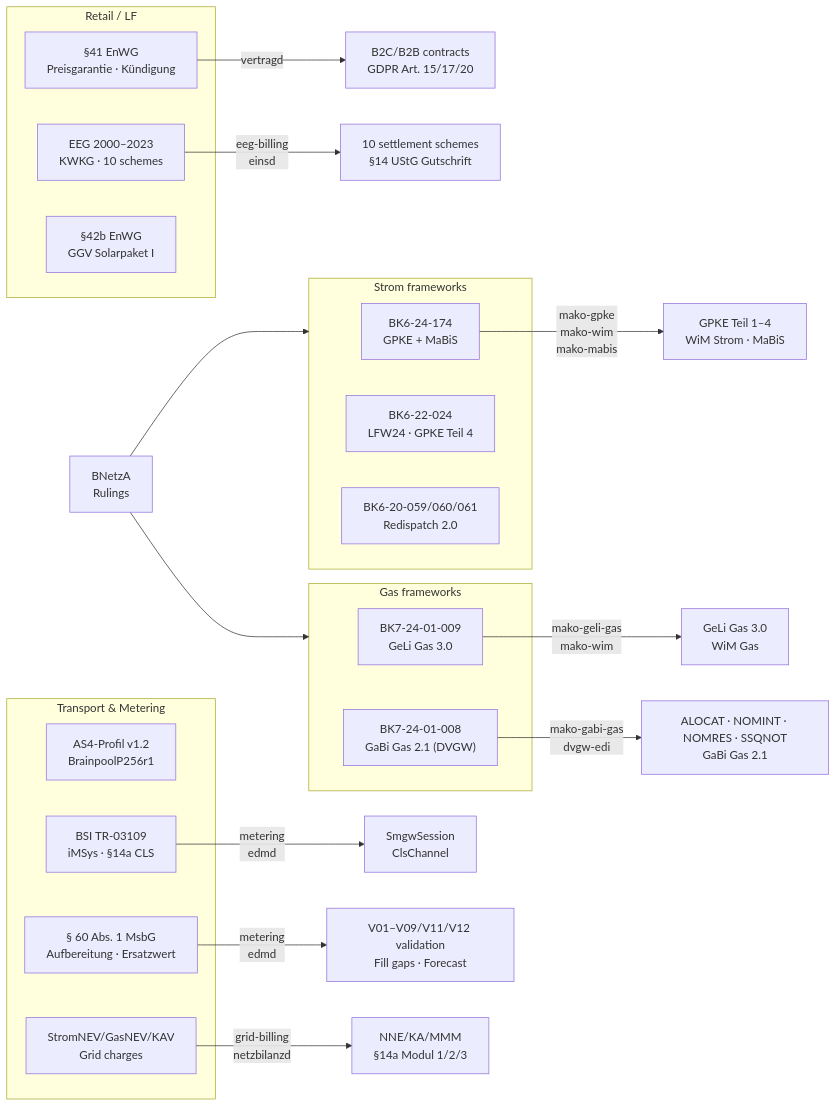
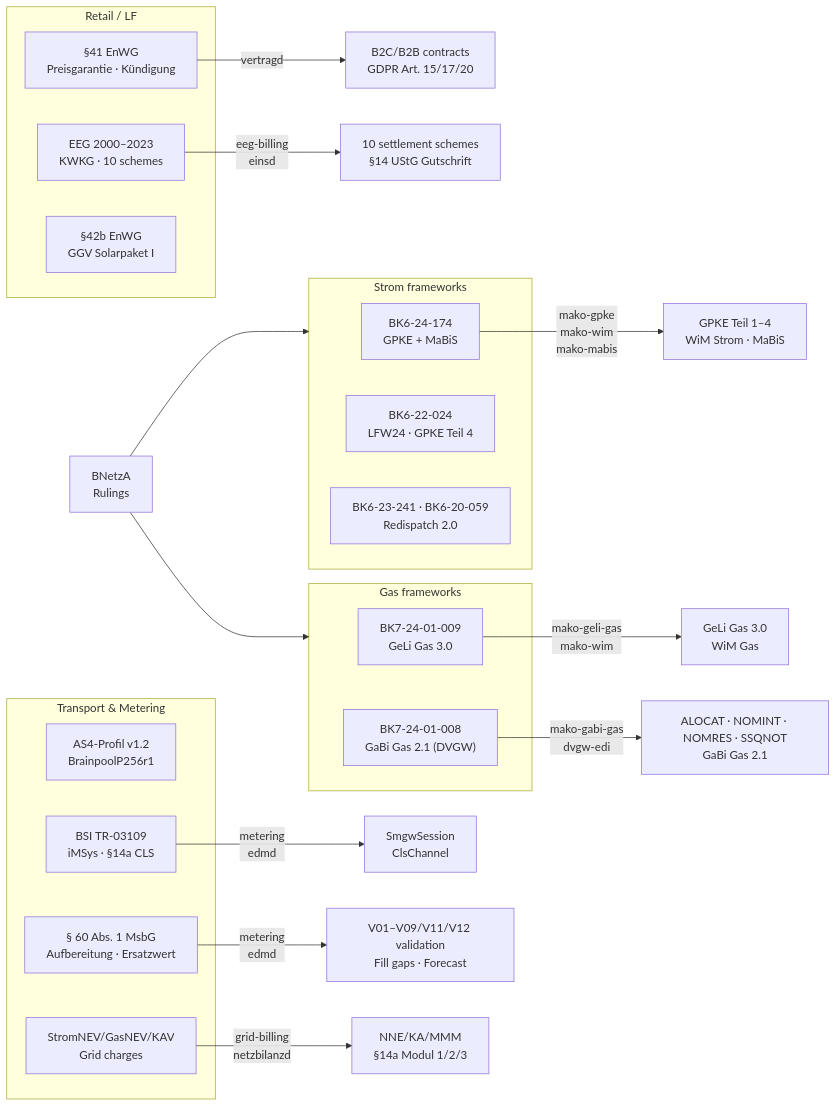
The diagram in site/content/docs/regulatory/_index.md (hupe1980/mako), drawn with Mermaid before and after one commit. The commit also changed other lines of this file and 1091 other files, not shown here.

````diff
--- a/site/content/docs/regulatory/_index.md
+++ b/site/content/docs/regulatory/_index.md
@@ -24,40 +23,40 @@
 ```mermaid
 graph LR
     BNetzA["BNetzA<br/>Rulings"]
 
     subgraph strom ["Strom frameworks"]
         BK6_24["BK6-24-174<br/>GPKE + MaBiS"]
         BK6_22["BK6-22-024<br/>LFW24 · GPKE Teil 4"]
-        BK6_20["BK6-20-059/060/061<br/>Redispatch 2.0"]
+        BK6_20["BK6-23-241 · BK6-20-059<br/>Redispatch 2.0"]
     end
 
     subgraph gas ["Gas frameworks"]
         BK7_24["BK7-24-01-009<br/>GeLi Gas 3.0"]
         BK7_14["BK7-24-01-008<br/>GaBi Gas 2.1 (DVGW)"]
     end
 
     subgraph retail ["Retail / LF"]
         ENW41["§41 EnWG<br/>Preisgarantie · Kündigung"]
         EEG["EEG 2000–2023<br/>KWKG · 10 schemes"]
         SOLA["§42b EnWG<br/>GGV Solarpaket I"]
     end
 
     subgraph transport ["Transport & Metering"]
         AS4["AS4-Profil v1.2<br/>BrainpoolP256r1"]
         BSI["BSI TR-03109<br/>iMSys · §14a CLS"]
         MsbG["§ 60 Abs. 1 MsbG<br/>Aufbereitung · Ersatzwert"]
         NNNEV["StromNEV/GasNEV/KAV<br/>Grid charges"]
     end
 
     BNetzA --> strom
     BNetzA --> gas
 
     BK6_24 -->|"mako-gpke<br/>mako-wim<br/>mako-mabis"| GPKE_impl["GPKE Teil 1–4<br/>WiM Strom · MaBiS"]
     BK7_24 -->|"mako-geli-gas<br/>mako-wim"| GAS_impl["GeLi Gas 3.0<br/>WiM Gas"]
     BK7_14 -->|"mako-gabi-gas<br/>dvgw-edi"| DVGW_impl["ALOCAT · NOMINT · NOMRES · SSQNOT<br/>GaBi Gas 2.1"]
     ENW41 -->|"vertragd"| LF_impl["B2C/B2B contracts<br/>GDPR Art. 15/17/20"]
     EEG -->|"eeg-billing<br/>einsd"| EEG_impl["10 settlement schemes<br/>§14 UStG Gutschrift"]
     BSI -->|"metering<br/>edmd"| IOT_impl["SmgwSession<br/>ClsChannel"]
     MsbG -->|"metering<br/>edmd"| SUB_impl["V01–V09/V11/V12 validation<br/>Fill gaps · Forecast"]
     NNNEV -->|"grid-billing<br/>netzbilanzd"| NNE_impl["NNE/KA/MMM<br/>§14a Modul 1/2/3"]
 ```
````
